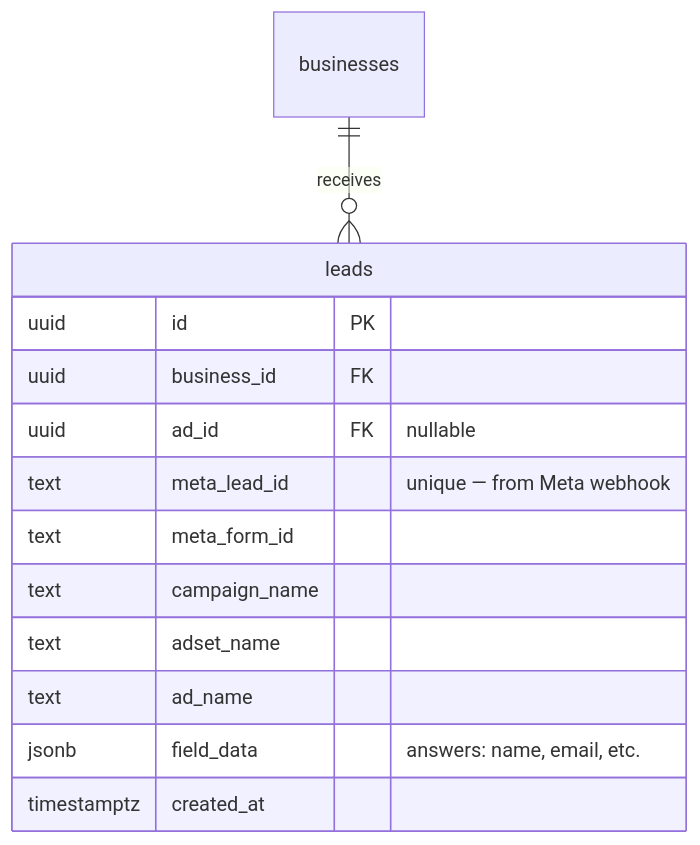
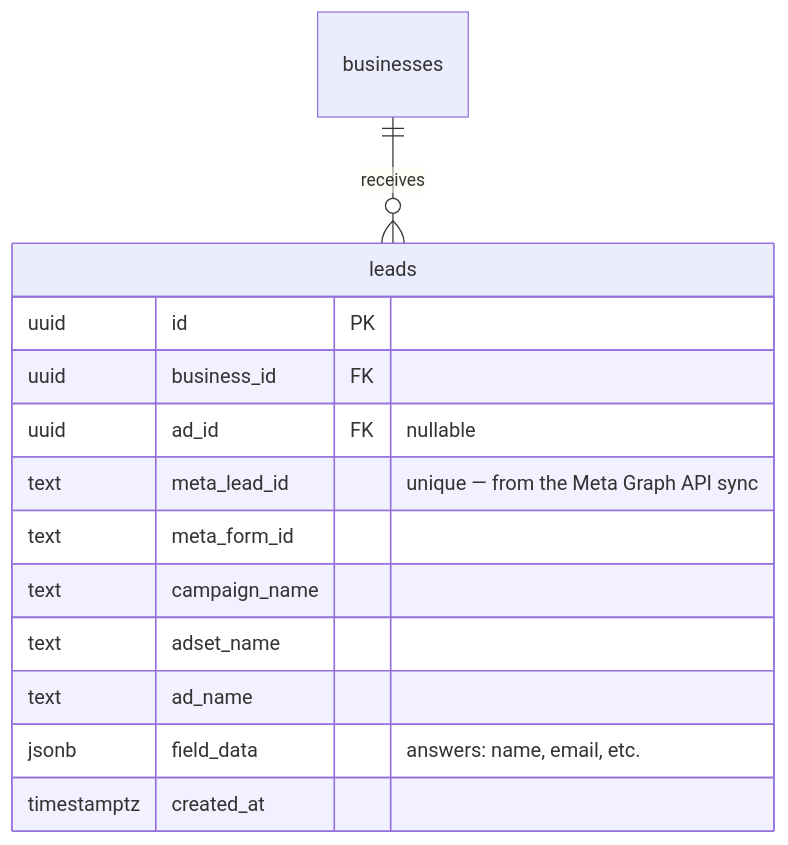
One commit to Aumatic-AI/Kinetix changed the sixth of 8 diagrams in docs/architecture/database_schema.md. Above: the diagram before and after it, drawn with Mermaid. The commit also changed other lines of this file and 19 other files, not shown here.

````diff
--- a/docs/architecture/database_schema.md
+++ b/docs/architecture/database_schema.md
@@ -276,17 +288,17 @@
 ```mermaid
 erDiagram
     businesses ||--o{ leads : "receives"
 
     leads {
         uuid id PK
         uuid business_id FK
         uuid ad_id FK "nullable"
-        text meta_lead_id "unique — from Meta webhook"
+        text meta_lead_id "unique — from the Meta Graph API sync"
         text meta_form_id
         text campaign_name
         text adset_name
         text ad_name
         jsonb field_data "answers: name, email, etc."
         timestamptz created_at
     }
 ```
````
